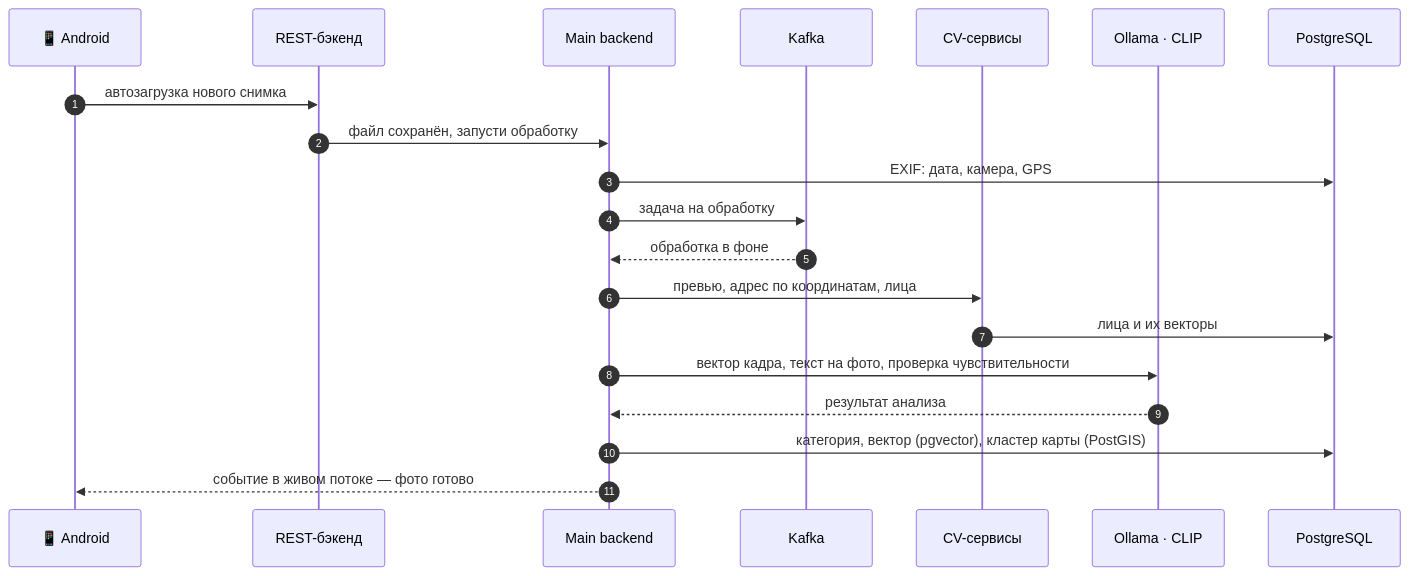
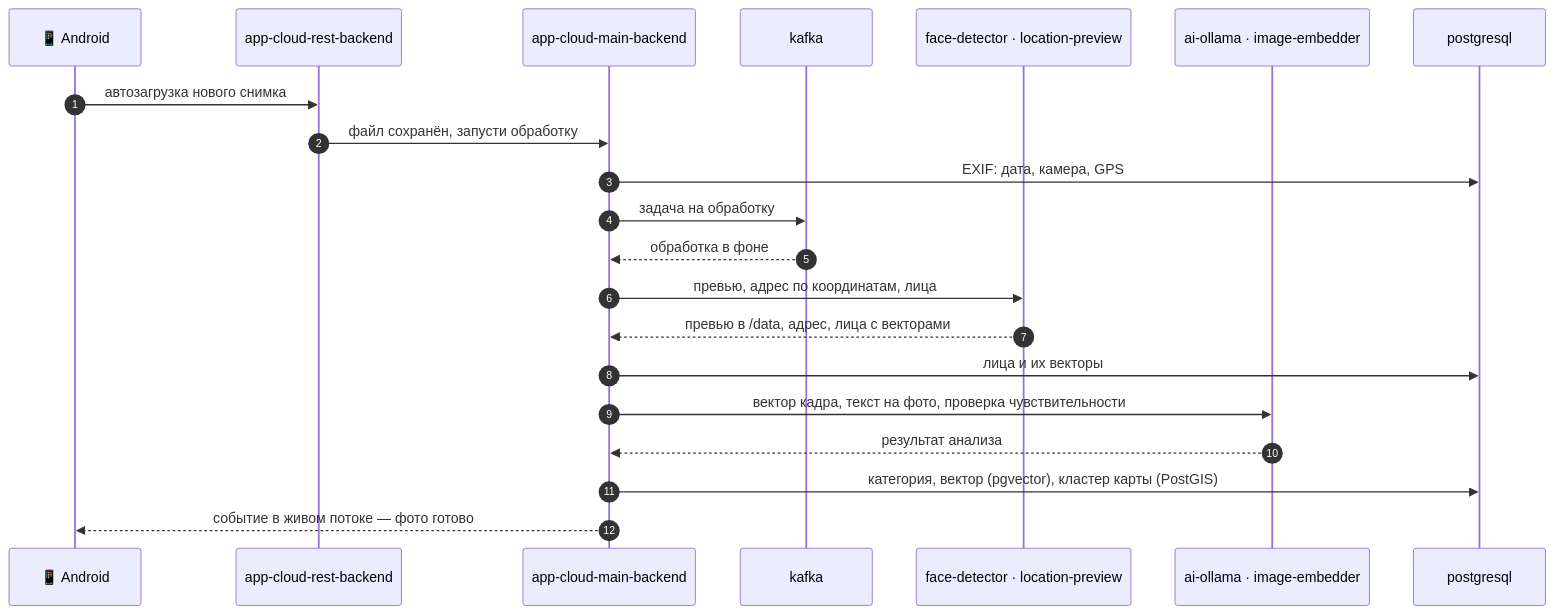
Before and after one commit to Bati4eli/SmartBerryStorage-all-in-one: the fourth of 4 diagrams in README.md, drawn with Mermaid. The commit also changed other lines of this file, not shown here.

First line of the commit message:
docs: 🏗️ use real service names in README architecture diagram

````diff
--- a/README.md
+++ b/README.md
@@ -256,23 +267,24 @@
 ```mermaid
 sequenceDiagram
     autonumber
     participant Phone as 📱 Android
-    participant REST as REST-бэкенд
-    participant Main as Main backend
-    participant K as Kafka
-    participant CV as CV-сервисы
-    participant AI as Ollama · CLIP
-    participant DB as PostgreSQL
+    participant REST as app-cloud-rest-backend
+    participant Main as app-cloud-main-backend
+    participant K as kafka
+    participant CV as face-detector · location-preview
+    participant AI as ai-ollama · image-embedder
+    participant DB as postgresql
 
     Phone->>REST: автозагрузка нового снимка
     REST->>Main: файл сохранён, запусти обработку
     Main->>DB: EXIF: дата, камера, GPS
     Main->>K: задача на обработку
     K-->>Main: обработка в фоне
     Main->>CV: превью, адрес по координатам, лица
-    CV->>DB: лица и их векторы
+    CV-->>Main: превью в /data, адрес, лица с векторами
+    Main->>DB: лица и их векторы
     Main->>AI: вектор кадра, текст на фото, проверка чувствительности
     AI-->>Main: результат анализа
     Main->>DB: категория, вектор (pgvector), кластер карты (PostGIS)
     Main-->>Phone: событие в живом потоке — фото готово
 ```
````
